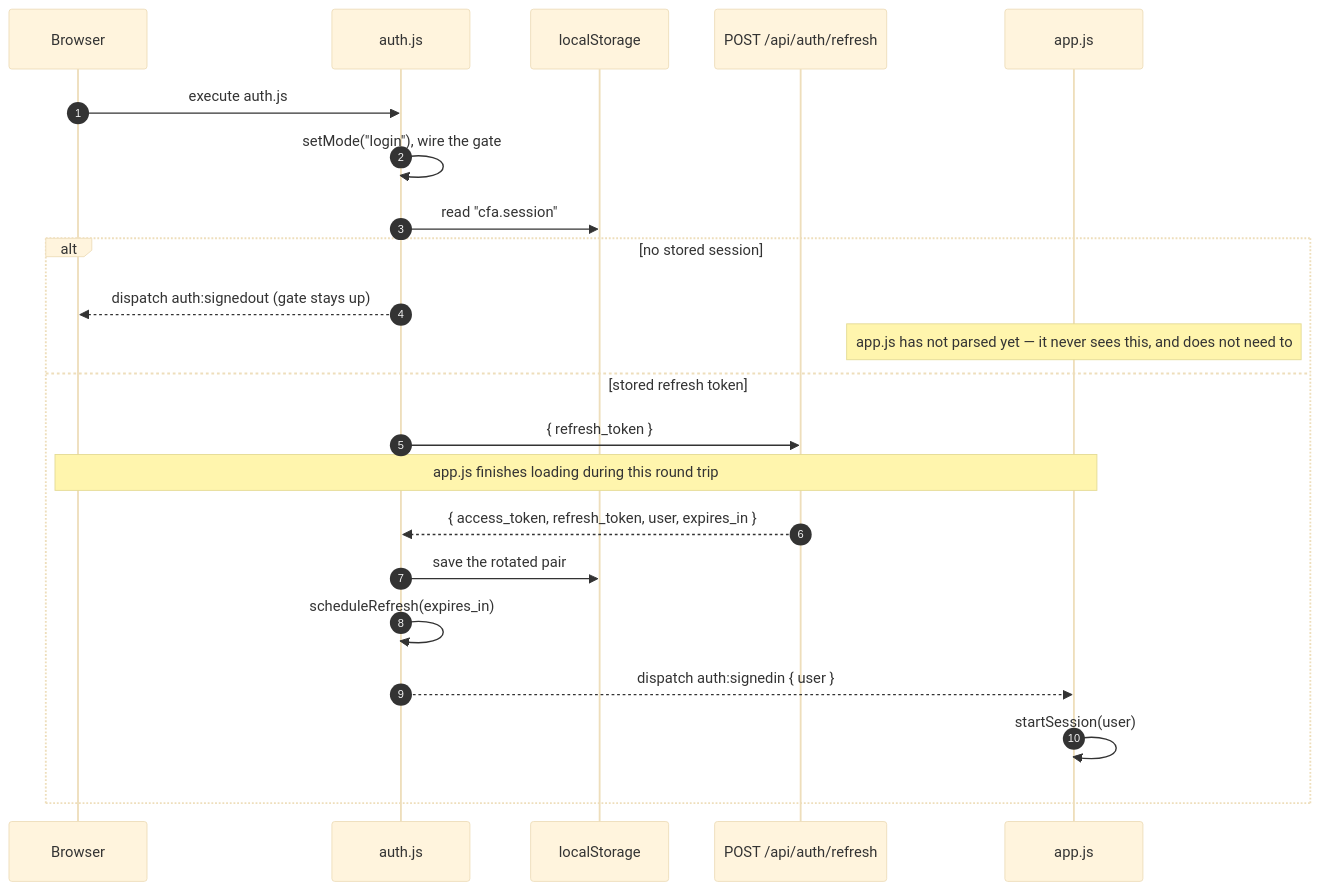
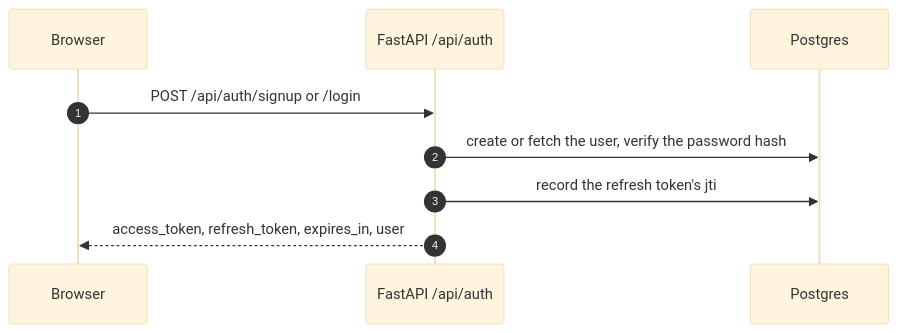
The fourth of 20 diagrams in docs/FRONTEND-SOCKETIO.md (selvakumarperumal/Corporate_Filing_Analyzer_Agent), drawn with Mermaid (base theme) before and after one commit. The commit also changed other lines of this file and 3 other files, not shown here.

````diff
--- a/docs/FRONTEND-SOCKETIO.md
+++ b/docs/FRONTEND-SOCKETIO.md
@@ -249,25 +256,12 @@
 ```mermaid
 sequenceDiagram
   autonumber
   participant B as Browser
-  participant A as auth.js
-  participant LS as localStorage
-  participant API as POST /api/auth/refresh
-  participant App as app.js
+  participant API as FastAPI /api/auth
+  participant DB as Postgres
 
-  B->>A: execute auth.js
-  A->>A: setMode("login"), wire the gate
-  A->>LS: read "cfa.session"
-  alt no stored session
-    A-->>B: dispatch auth:signedout (gate stays up)
-    Note over App: app.js has not parsed yet — it never sees this, and does not need to
-  else stored refresh token
-    A->>API: { refresh_token }
-    Note over B,App: app.js finishes loading during this round trip
-    API-->>A: { access_token, refresh_token, user, expires_in }
-    A->>LS: save the rotated pair
-    A->>A: scheduleRefresh(expires_in)
-    A-->>App: dispatch auth:signedin { user }
-    App->>App: startSession(user)
-  end
+  B->>API: POST /api/auth/signup or /login
+  API->>DB: create or fetch the user, verify the password hash
+  API->>DB: record the refresh token's jti
+  API-->>B: access_token, refresh_token, expires_in, user
 ```
````
